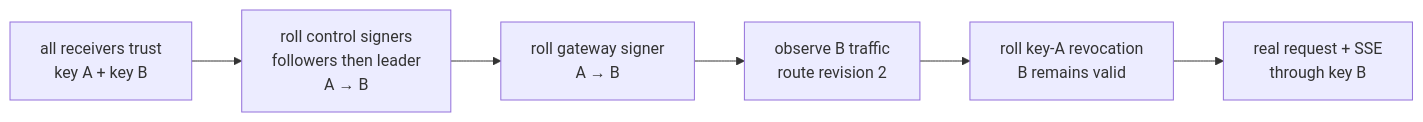
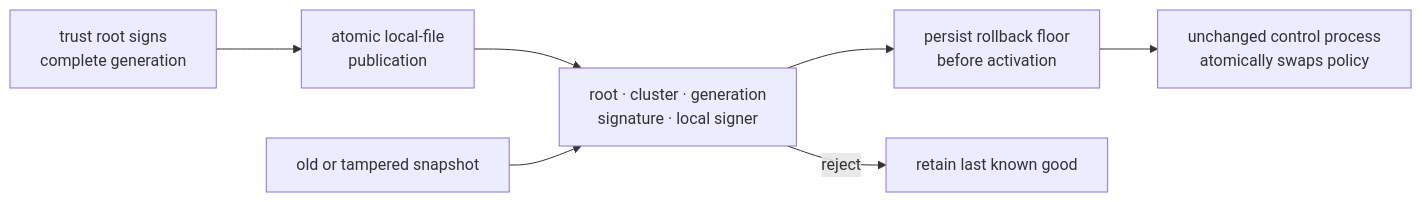
Before and after one commit to conan505/inferLab: the diagram in README.md, drawn with Mermaid. The commit also changed other lines of this file and 42 other files, not shown here.

````diff
--- a/README.md
+++ b/README.md
@@ -14,8 +14,9 @@
 ```mermaid
 flowchart LR
-    Prepare["all receivers trust<br/>key A + key B"] --> Controls["roll control signers<br/>followers then leader<br/>A → B"]
-    Controls --> Gateway["roll gateway signer<br/>A → B"]
-    Gateway --> Observe["observe B traffic<br/>route revision 2"]
-    Observe --> Revoke["roll key-A revocation<br/>B remains valid"]
-    Revoke --> Serve["real request + SSE<br/>through key B"]
+    Root["trust root signs<br/>complete generation"] --> Publish["atomic local-file<br/>publication"]
+    Publish --> Verify["root · cluster · generation<br/>signature · local signer"]
+    Verify --> Persist["persist rollback floor<br/>before activation"]
+    Persist --> Swap["unchanged control process<br/>atomically swaps policy"]
+    Bad["old or tampered snapshot"] --> Verify
+    Verify -->|"reject"| LKG["retain last known good"]
 ```
````
